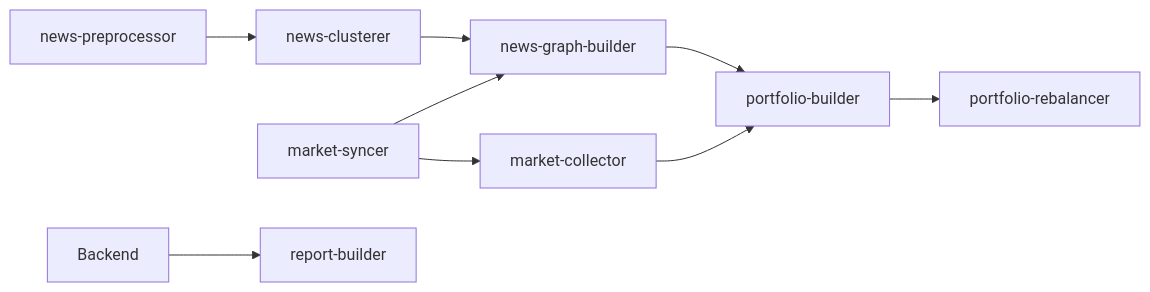
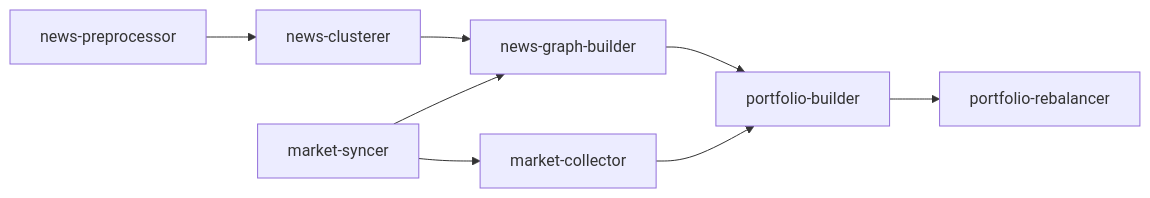
The second of 3 diagrams in README.md (100-hours-a-week/KTB4-11th-AI), drawn with Mermaid before and after one commit. The commit also changed other lines of this file, not shown here.

Commit message:
docs: show report requests through AWS SQS

````diff
--- a/README.md
+++ b/README.md
@@ -72,7 +77,6 @@
 ```mermaid
 flowchart LR
     NP["news-preprocessor"] --> NC["news-clusterer"] --> NGB["news-graph-builder"] --> PB["portfolio-builder"] --> PR["portfolio-rebalancer"]
     MS["market-syncer"] --> NGB
     MS --> MC["market-collector"] --> PB
-    BE["Backend"] --> RB["report-builder"]
 ```
````
